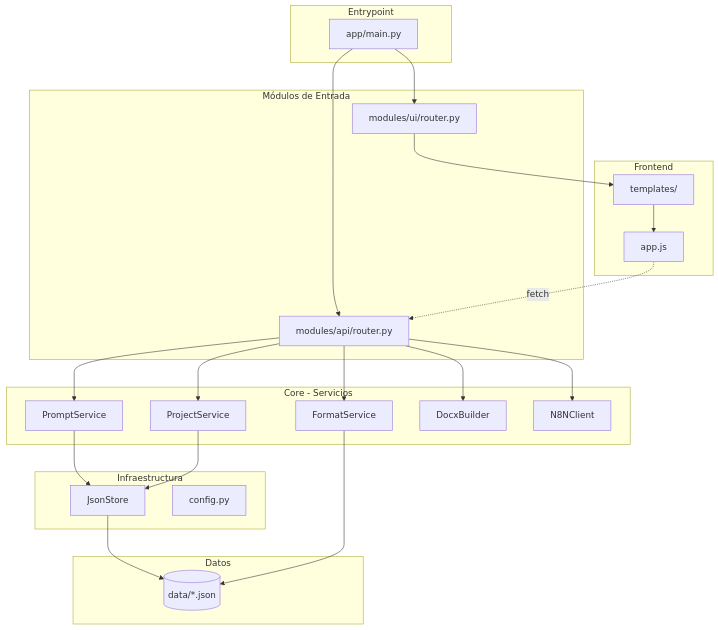
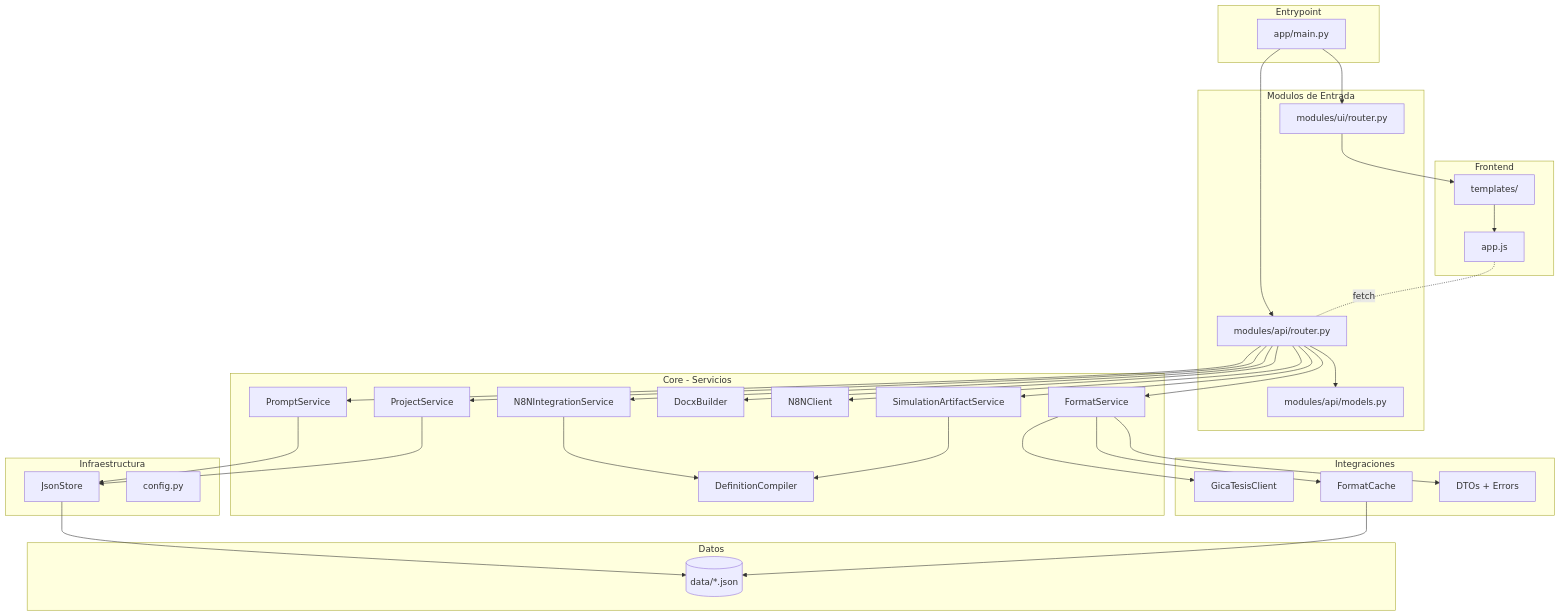
Before and after one commit to mikehernandez-bit/Proyecto2TesisAI: the diagram in docs/03-catalogo-repo.md, drawn with Mermaid. The commit also changed other lines of this file and 160 other files, not shown here.

````diff
--- a/docs/03-catalogo-repo.md
+++ b/docs/03-catalogo-repo.md
@@ -7,48 +7,66 @@
 ```mermaid
 graph TB
     subgraph "Entrypoint"
         MAIN[app/main.py]
     end
     
-    subgraph "Módulos de Entrada"
+    subgraph "Modulos de Entrada"
         API[modules/api/router.py]
+        MODELS[modules/api/models.py]
         UI[modules/ui/router.py]
     end
     
     subgraph "Core - Servicios"
         FMT[FormatService]
         PRM[PromptService]
         PRJ[ProjectService]
         DOCX[DocxBuilder]
         N8N[N8NClient]
+        N8N_INT[N8NIntegrationService]
+        DEF_COMP[DefinitionCompiler]
+        SIM_ART[SimulationArtifactService]
+    end
+    
+    subgraph "Integraciones"
+        GT_CLIENT[GicaTesisClient]
+        GT_CACHE[FormatCache]
+        GT_TYPES[DTOs + Errors]
     end
     
     subgraph "Infraestructura"
         JSON[JsonStore]
         CFG[config.py]
     end
     
     subgraph "Datos"
         DATA[(data/*.json)]
     end
     
     subgraph "Frontend"
         JS[app.js]
         HTML[templates/]
     end
     
     MAIN --> API
     MAIN --> UI
+    API --> MODELS
     API --> FMT
     API --> PRM
     API --> PRJ
     API --> DOCX
     API --> N8N
+    API --> N8N_INT
+    API --> SIM_ART
+    N8N_INT --> DEF_COMP
+    SIM_ART --> DEF_COMP
+    FMT --> GT_CLIENT
+    FMT --> GT_CACHE
+    FMT --> GT_TYPES
     PRM --> JSON
     PRJ --> JSON
     JSON --> DATA
-    FMT --> DATA
+    GT_CACHE --> DATA
     UI --> HTML
     HTML --> JS
-    JS -.->|fetch| API
+    JS -.-|fetch| API
 ```
````
